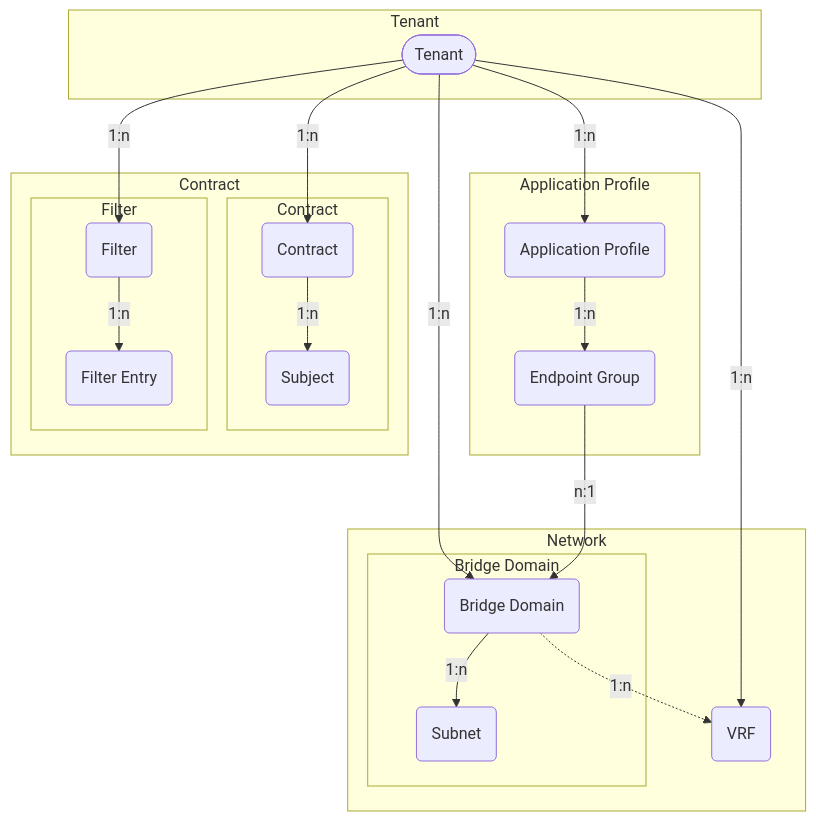
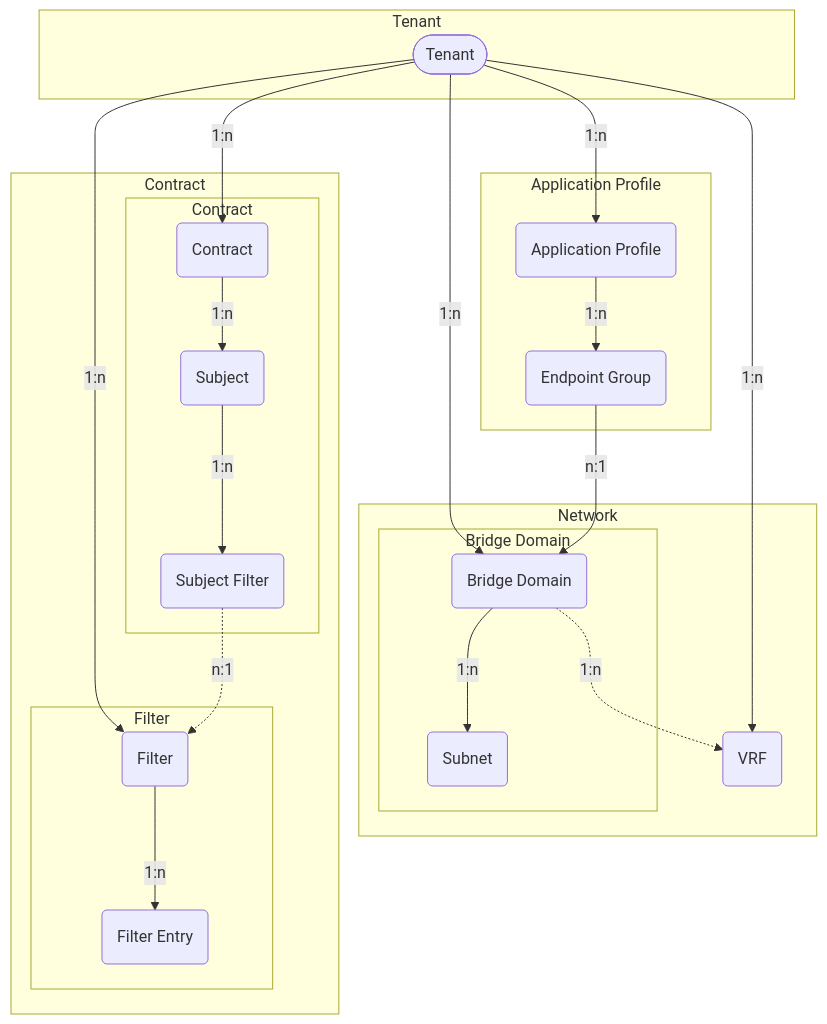
Before and after one commit to pheus/netbox-aci-plugin: the diagram in docs/features/tenants.md, drawn with Mermaid. The commit also changed other lines of this file, not shown here.

First line of the commit message:
docs(subjects): Add Contract Subject Filter

````diff
--- a/docs/features/tenants.md
+++ b/docs/features/tenants.md
@@ -6,39 +6,42 @@
 ```mermaid
 flowchart TD
     TN([Tenant])
     AP(Application Profile)
     EPG(Endpoint Group)
     VRF(VRF)
     BD(Bridge Domain)
     SN(Subnet)
     CT(Contract)
     SJ(Subject)
+    SJF(Subject Filter)
     FT(Filter)
     FTE(Filter Entry)
     subgraph graphTN [Tenant]
         TN
     end
     subgraph graphAP [Application Profile]
         TN -->|1:n| AP
         AP -->|1:n| EPG
     end
     subgraph graphNW [Network]
         subgraph graphBD [Bridge Domain]
             TN -->|1:n| BD
             BD -->|1:n| SN
         end
         BD -.->|1:n| VRF
         TN -->|1:n| VRF
     end
     subgraph graphCT [Contract]
         subgraph graphCTS [Contract]
             TN -->|1:n| CT
             CT -->|1:n| SJ
+            SJ -->|1:n| SJF
         end
         subgraph graphFT [Filter]
             TN -->|1:n| FT
             FT -->|1:n| FTE
         end
+        SJF -.->|n:1| FT
     end
     EPG -->|n:1| BD
 ```
````
